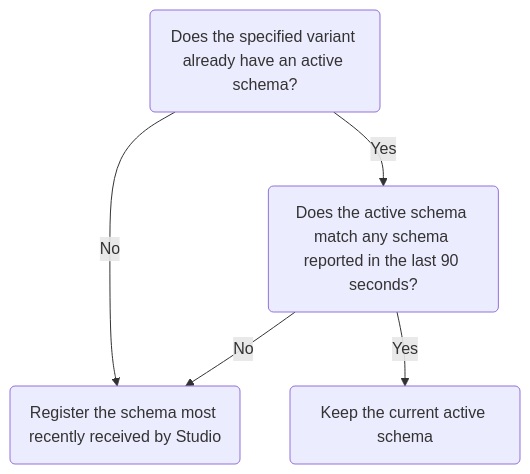
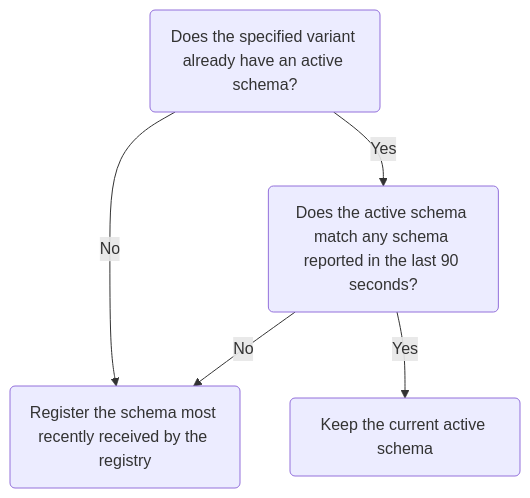
Before and after one commit to apollographql/apollo: the diagram in graph-manager-docs/source/schema/automatic-registration.mdx, drawn with Mermaid. The commit also changed other lines of this file and 6 other files, not shown here.

````diff
--- a/graph-manager-docs/source/schema/automatic-registration.mdx
+++ b/graph-manager-docs/source/schema/automatic-registration.mdx
@@ -96,12 +98,12 @@
 ```mermaid
 graph TB;
   activeSchema(Does the specified variant already have an active schema?);
   exactReported("Does the active schema match any schema reported in the last 90 seconds?");
-  registerRecent(Register the schema most recently received by Studio);
+  registerRecent(Register the schema most recently received by the registry);
   keepActive(Keep the current active schema);
   activeSchema --"No"-->registerRecent;
   activeSchema --"Yes"-->exactReported;
   exactReported--"No"-->registerRecent;
   exactReported--"Yes"-->keepActive;
   class registerRecent,keepActive secondary;
 ```
````
